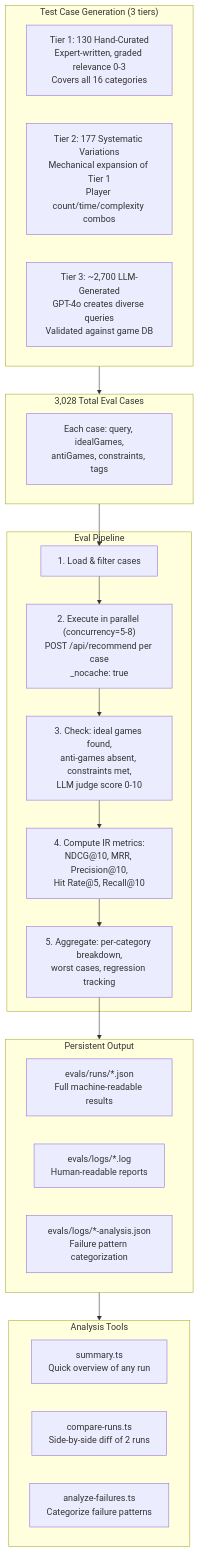
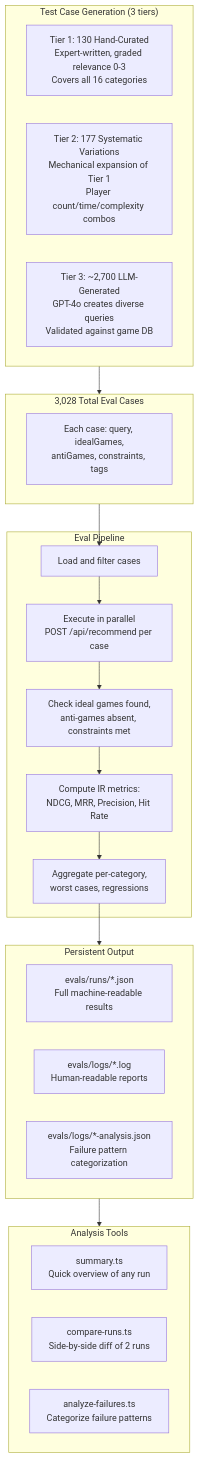
Before and after one commit to stopitdan/recommendagame: the seventh of 11 diagrams in docs/TECHNICAL-REVIEW-PACKET.md, drawn with Mermaid. The commit also changed other lines of this file and 1 other file, not shown here.

First line of the commit message:
Fix mermaid: remove numbered prefixes that HackMD parses as markdown lists

````diff
--- a/docs/TECHNICAL-REVIEW-PACKET.md
+++ b/docs/TECHNICAL-REVIEW-PACKET.md
@@ -430,35 +430,35 @@
 ```mermaid
 graph TB
     subgraph Generation["Test Case Generation (3 tiers)"]
         HAND["Tier 1: 130 Hand-Curated<br/>Expert-written, graded relevance 0-3<br/>Covers all 16 categories"]
         EXPAND["Tier 2: 177 Systematic Variations<br/>Mechanical expansion of Tier 1<br/>Player count/time/complexity combos"]
         LLM_GEN["Tier 3: ~2,700 LLM-Generated<br/>GPT-4o creates diverse queries<br/>Validated against game DB"]
     end
 
     subgraph Cases["3,028 Total Eval Cases"]
         STRUCT["Each case: query, idealGames,<br/>antiGames, constraints, tags"]
     end
 
     subgraph Pipeline["Eval Pipeline"]
-        LOAD["1. Load & filter cases"]
-        EXEC["2. Execute in parallel (concurrency=5-8)<br/>POST /api/recommend per case<br/>_nocache: true"]
-        CHECK["3. Check: ideal games found,<br/>anti-games absent, constraints met,<br/>LLM judge score 0-10"]
-        IR["4. Compute IR metrics:<br/>NDCG@10, MRR, Precision@10,<br/>Hit Rate@5, Recall@10"]
-        AGG["5. Aggregate: per-category breakdown,<br/>worst cases, regression tracking"]
+        LOAD["Load and filter cases"]
+        EXEC["Execute in parallel<br/>POST /api/recommend per case"]
+        CHECK["Check ideal games found,<br/>anti-games absent, constraints met"]
+        IR["Compute IR metrics:<br/>NDCG, MRR, Precision, Hit Rate"]
+        AGG["Aggregate per-category,<br/>worst cases, regressions"]
     end
 
     subgraph Output["Persistent Output"]
         JSON["evals/runs/*.json<br/>Full machine-readable results"]
         LOG["evals/logs/*.log<br/>Human-readable reports"]
         ANALYSIS["evals/logs/*-analysis.json<br/>Failure pattern categorization"]
     end
 
     subgraph Tools["Analysis Tools"]
         SUMMARY["summary.ts<br/>Quick overview of any run"]
         COMPARE["compare-runs.ts<br/>Side-by-side diff of 2 runs"]
         FAIL["analyze-failures.ts<br/>Categorize failure patterns"]
     end
 
     Generation --> Cases --> LOAD --> EXEC --> CHECK --> IR --> AGG --> Output
     Output --> Tools
 ```
````
